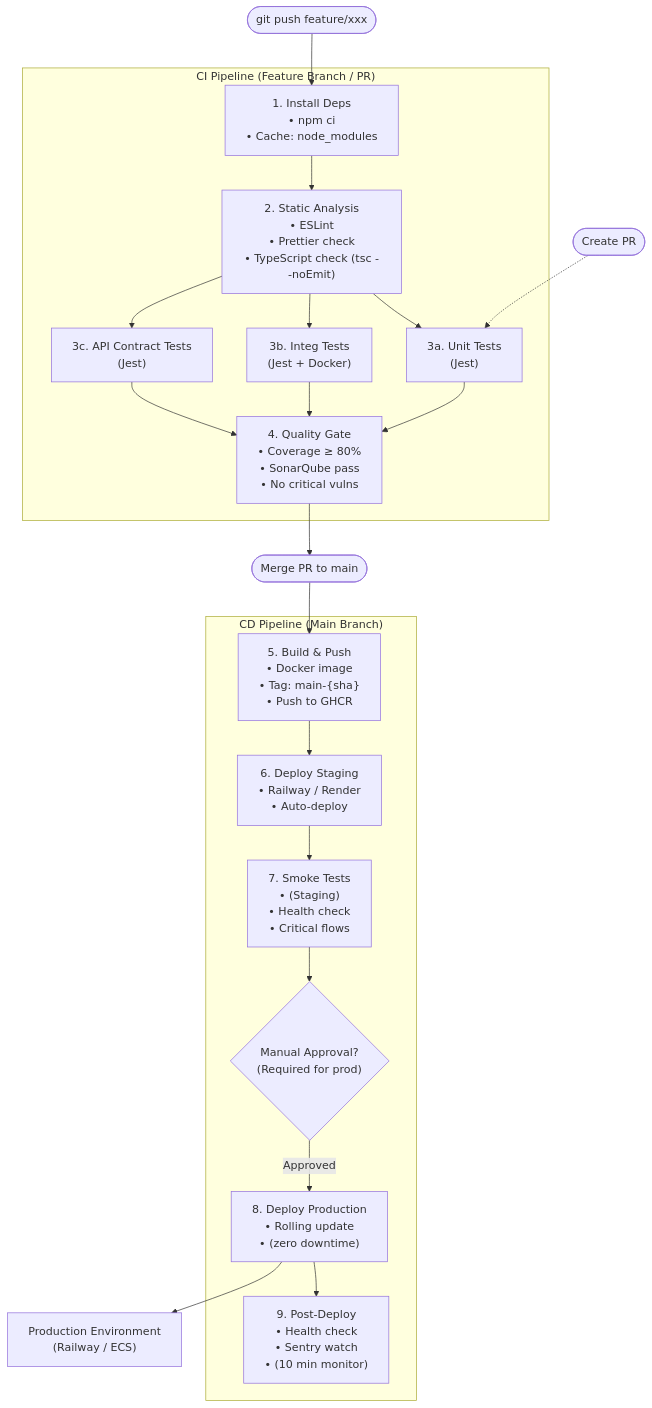
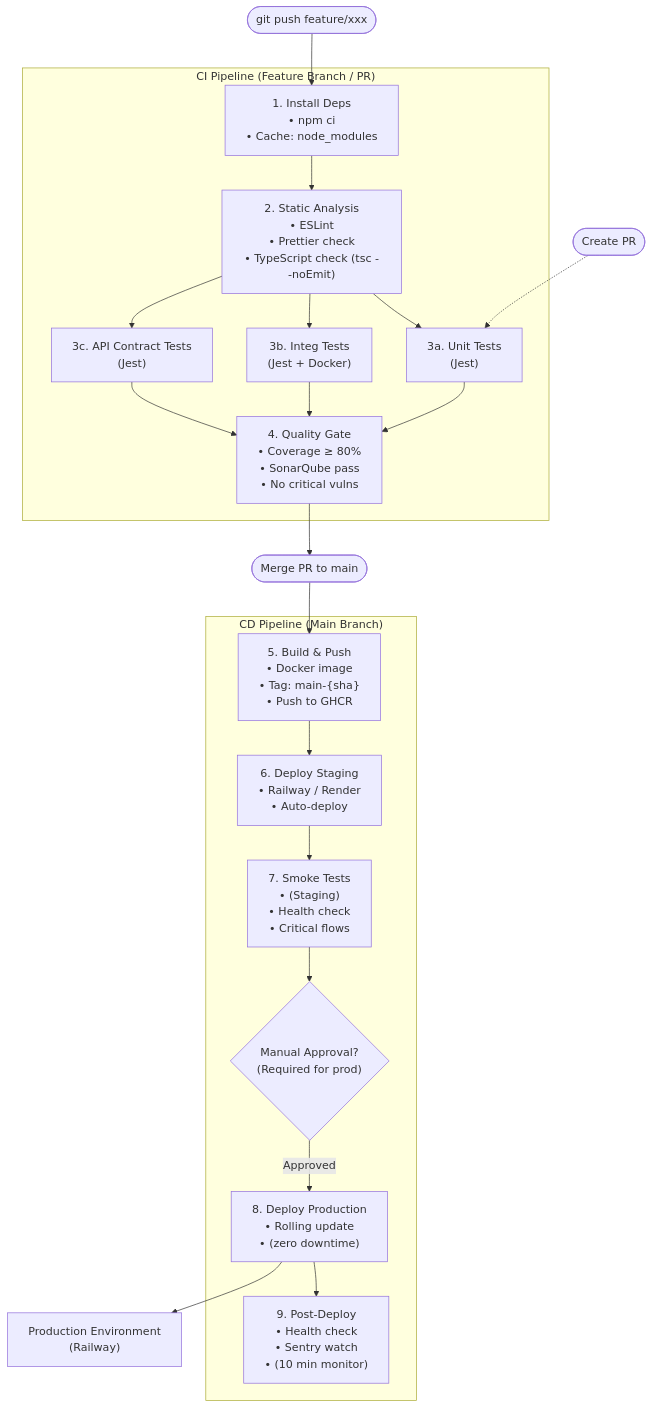
The fifth of 5 diagrams in README.md (davlm05/IICaso_DiseSoftware), drawn with Mermaid before and after one commit. The commit also changed other lines of this file and 9 other files, not shown here.

Commit message:
Fix architecture, links, diagrams, consistency

````diff
--- a/README.md
+++ b/README.md
@@ -919,48 +981,48 @@
 ```mermaid
 flowchart TD
     push(["git push feature/xxx"]) 
     pr(["Create PR"])
     merge(["Merge PR to main"])
 
     subgraph CI_Stage ["CI Pipeline (Feature Branch / PR)"]
         s1["1. Install Deps<br/>• npm ci<br/>• Cache: node_modules"]
         s2["2. Static Analysis<br/>• ESLint<br/>• Prettier check<br/>• TypeScript check (tsc --noEmit)"]
         
         s3a["3a. Unit Tests<br/>(Jest)"]
         s3b["3b. Integ Tests<br/>(Jest + Docker)"]
         s3c["3c. API Contract Tests<br/>(Jest)"]
         
         s4["4. Quality Gate<br/>• Coverage ≥ 80%<br/>• SonarQube pass<br/>• No critical vulns"]
     end
 
     subgraph CD_Stage ["CD Pipeline (Main Branch)"]
         s5["5. Build & Push<br/>• Docker image<br/>• Tag: main-{sha}<br/>• Push to GHCR"]
         s6["6. Deploy Staging<br/>• Railway / Render<br/>• Auto-deploy"]
         s7["7. Smoke Tests<br/>• (Staging)<br/>• Health check<br/>• Critical flows"]
         
         approval{"Manual Approval?<br/>(Required for prod)"}
         
         s8["8. Deploy Production<br/>• Rolling update<br/>• (zero downtime)"]
         s9["9. Post-Deploy<br/>• Health check<br/>• Sentry watch<br/>• (10 min monitor)"]
     end
 
-    prod_env["Production Environment<br/>(Railway / ECS)"]
+    prod_env["Production Environment<br/>(Railway)"]
 
     push --> s1
     s1 --> s2
     s2 --> s3a
     s2 --> s3b
     s2 --> s3c
     pr -.-> s3a
     s3a --> s4
     s3b --> s4
     s3c --> s4
     s4 --> merge
     merge --> s5
     s5 --> s6
     s6 --> s7
     s7 --> approval
     approval -- "Approved" --> s8
     s8 --> s9
     s8 --> prod_env
 ```
````
